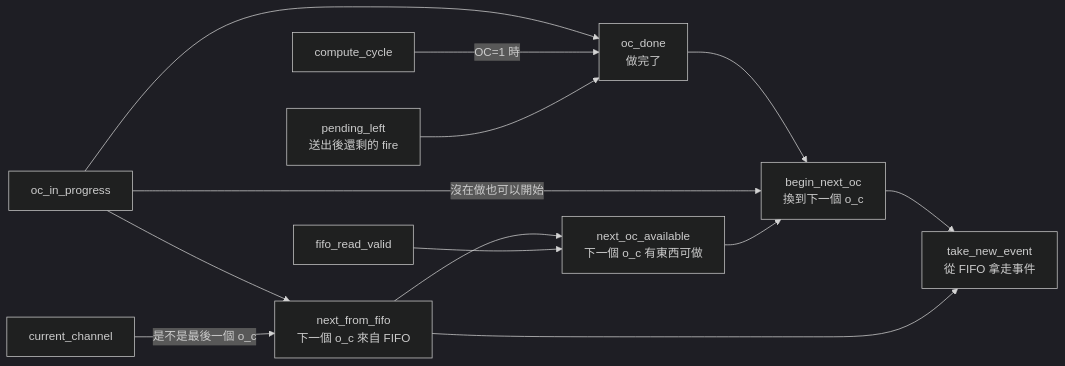
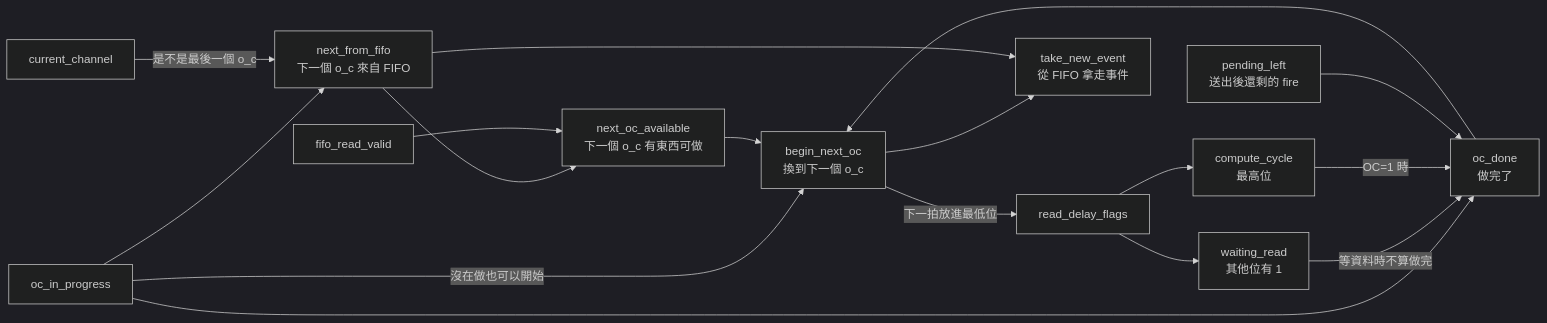
The second of 2 diagrams in docs/SNN/Concept/Layer-RTL/Conv-image/SaltConvControl.md (Salt-Shio/SALT-FPGA), drawn with Mermaid (dark theme) before and after one commit. The commit also changed other lines of this file and 4 other files, not shown here.

First line of the commit message:
Part 8.2 讀取延遲 R:文件補齊(TODO、Conv.md 5.5、狀態圖、資料流程圖)

````diff
--- a/docs/SNN/Concept/Layer-RTL/Conv-image/SaltConvControl.md
+++ b/docs/SNN/Concept/Layer-RTL/Conv-image/SaltConvControl.md
@@ -44,29 +56,35 @@
 ```mermaid
 flowchart LR
     OIP["oc_in_progress"]
-    CC["compute_cycle"]
+    RDF["read_delay_flags"]
     CUR["current_channel"]
     FV["fifo_read_valid"]
     LEFT["pending_left<br/>送出後還剩的 fire"]
 
+    CC["compute_cycle<br/>最高位"]
+    WAIT["waiting_read<br/>其他位有 1"]
     NFF["next_from_fifo<br/>下一個 o_c 來自 FIFO"]
     NOA["next_oc_available<br/>下一個 o_c 有東西可做"]
     DONE["oc_done<br/>做完了"]
     BEGIN["begin_next_oc<br/>換到下一個 o_c"]
     TAKE["take_new_event<br/>從 FIFO 拿走事件"]
 
+    RDF --> CC
+    RDF --> WAIT
     OIP --> NFF
     CUR -->|"是不是最後一個 o_c"| NFF
     NFF --> NOA
     FV --> NOA
 
     OIP --> DONE
+    WAIT -->|"等資料時不算做完"| DONE
     CC -->|"OC=1 時"| DONE
     LEFT --> DONE
 
     DONE --> BEGIN
     OIP -->|"沒在做也可以開始"| BEGIN
     NOA --> BEGIN
     BEGIN --> TAKE
     NFF --> TAKE
+    BEGIN -->|"下一拍放進最低位"| RDF
 ```
````
